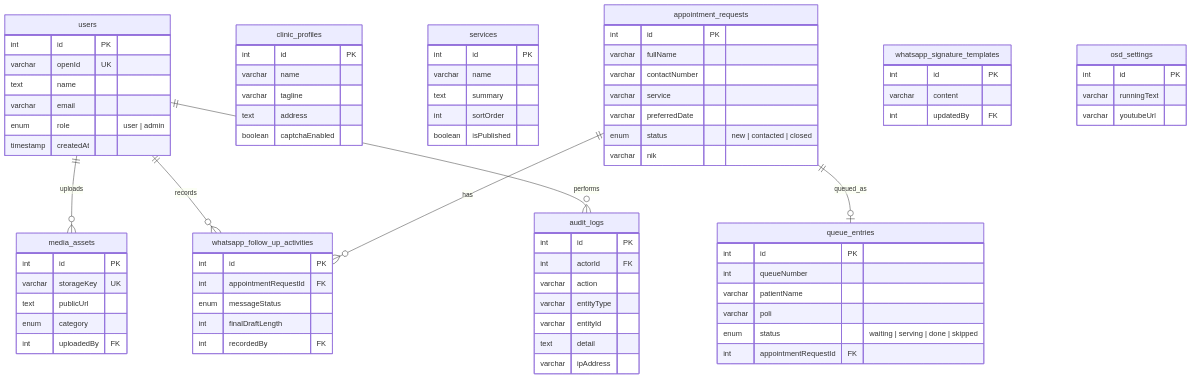
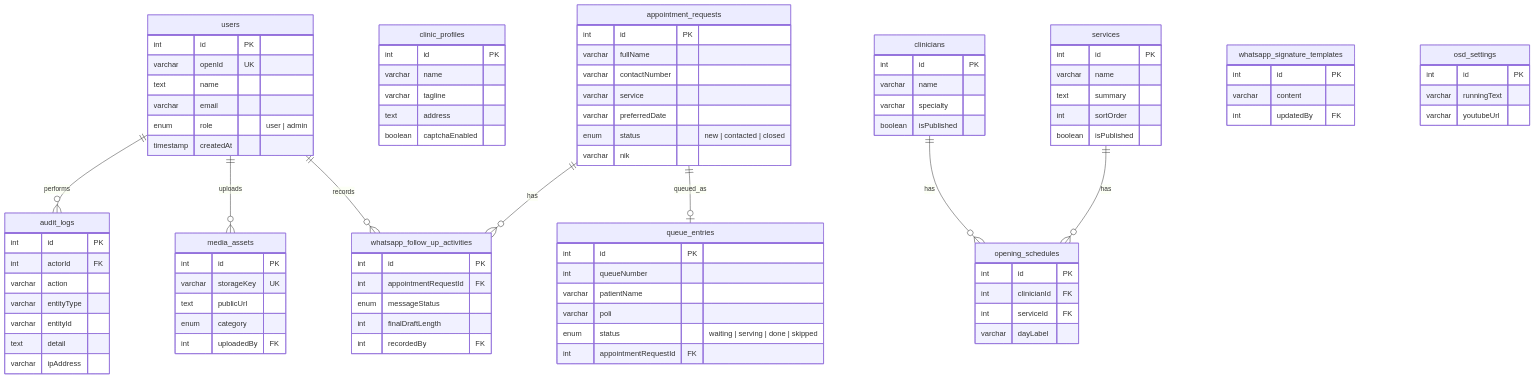
One commit to nhasibuan/primecare-clinic-reimagined changed the second of 2 diagrams in README.md. Above: the diagram before and after it, drawn with Mermaid. The commit also changed other lines of this file, not shown here.

First line of the commit message:
docs: refresh README — verified versions, schema, tests, ops units, SWOT and threat review

````diff
--- a/README.md
+++ b/README.md
@@ -262,6 +284,12 @@
         varchar tagline
         text address
         boolean captchaEnabled
+    }
+    clinicians {
+        int id PK
+        varchar name
+        varchar specialty
+        boolean isPublished
     }
     services {
         int id PK
@@ -306,6 +334,12 @@
         enum status "waiting | serving | done | skipped"
         int appointmentRequestId FK
     }
+    opening_schedules {
+        int id PK
+        int clinicianId FK
+        int serviceId FK
+        varchar dayLabel
+    }
     osd_settings {
         int id PK
         varchar runningText
@@ -326,4 +360,6 @@
     users ||--o{ audit_logs : performs
     appointment_requests ||--o{ whatsapp_follow_up_activities : has
     appointment_requests ||--o| queue_entries : queued_as
+    clinicians ||--o{ opening_schedules : has
+    services ||--o{ opening_schedules : has
 ```
````
